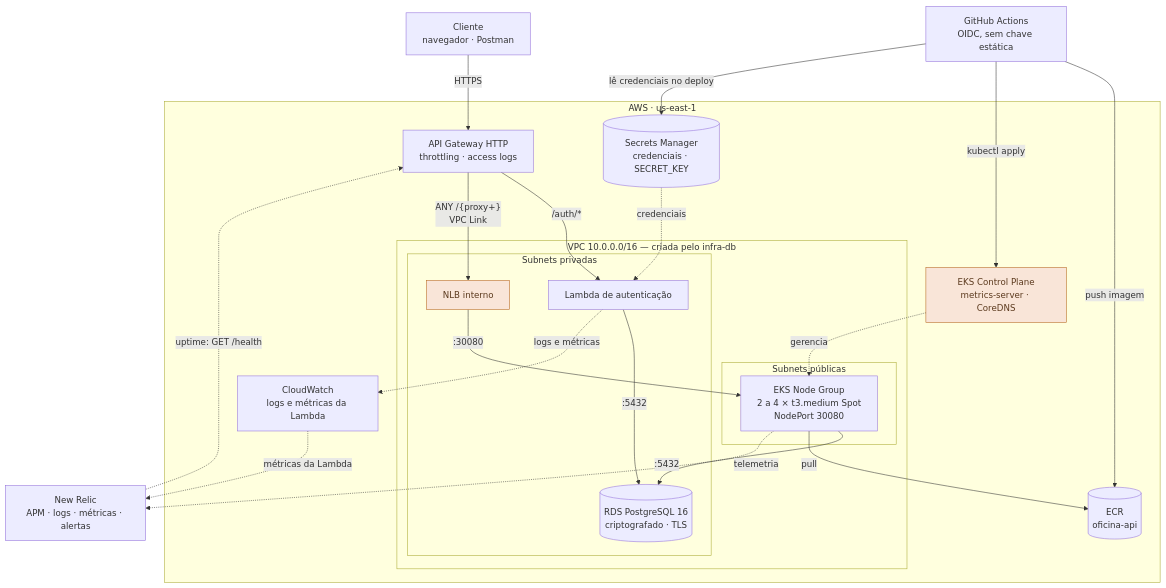
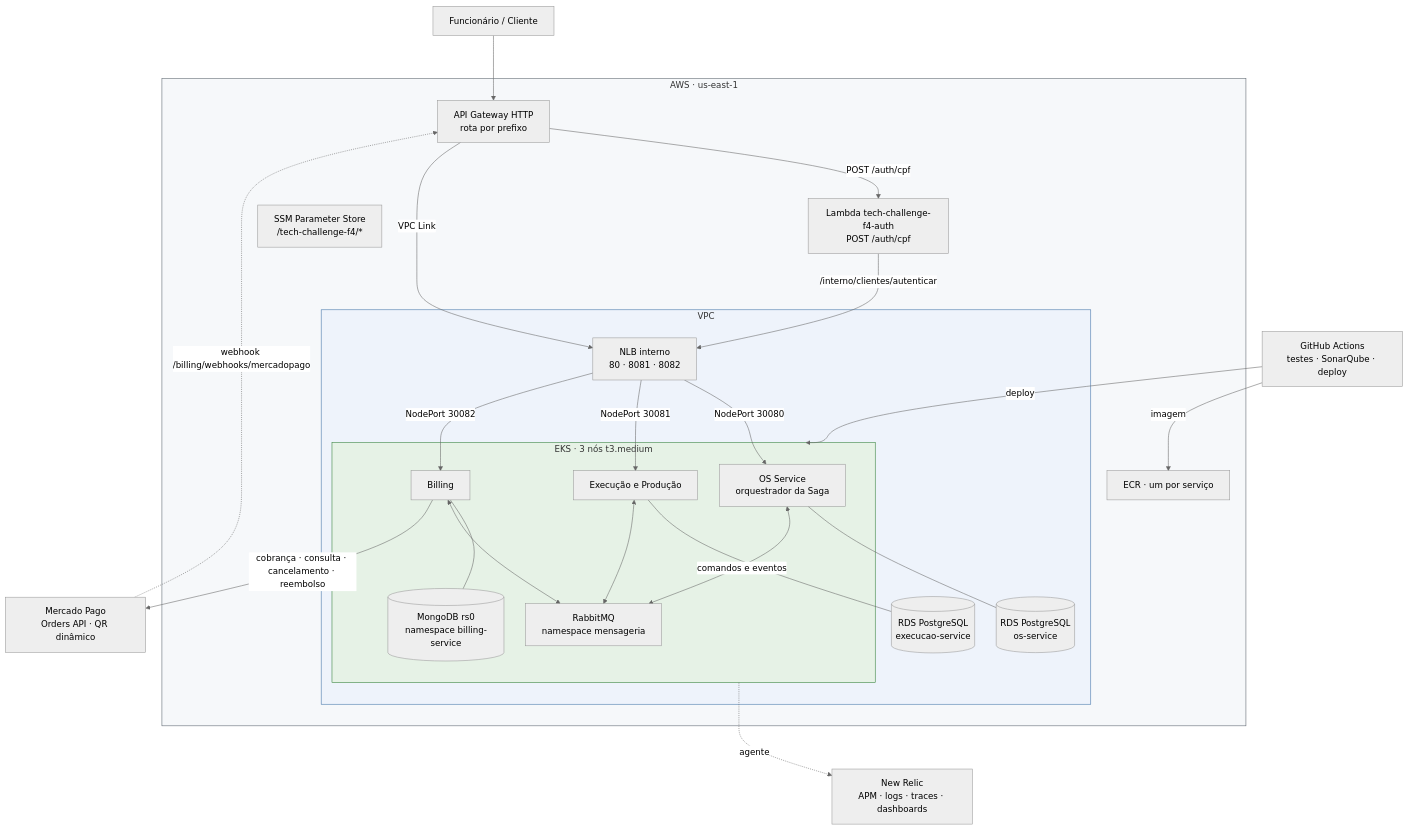
Before and after one commit to pesant0s/tech-challenge-f4-plataforma: the first of 3 diagrams in README.md, drawn with Mermaid. The commit also changed other lines of this file and 6 other files, not shown here.

First line of the commit message:
docs: README completo e diagramas da arquitetura e da Saga

````diff
--- a/README.md
+++ b/README.md
@@ -53,48 +104,50 @@
 ```mermaid
+%%{init: {"theme": "neutral", "flowchart": {"nodeSpacing": 40, "rankSpacing": 80, "curve": "basis", "htmlLabels": true}}}%%
 flowchart TB
-    cliente["Cliente<br/>navegador · Postman"]
+  U["Funcionário / Cliente"]
+  MP["Mercado Pago<br/>Orders API · QR dinâmico"]
+  NR["New Relic<br/>APM · logs · traces · dashboards"]
+  GH["GitHub Actions<br/>testes · SonarQube · deploy"]
+  subgraph AWS["AWS · us-east-1"]
+    APIGW["API Gateway HTTP<br/>rota por prefixo"]
+    L["Lambda tech-challenge-f4-auth<br/>POST /auth/cpf"]
+    ECR["ECR · um por serviço"]
+    SSM["SSM Parameter Store<br/>/tech-challenge-f4/*"]
+    subgraph VPC["VPC"]
+      NLB["NLB interno<br/>80 · 8081 · 8082"]
+      subgraph EKS["EKS · 3 nós t3.medium"]
+        OS["OS Service<br/>orquestrador da Saga"]
+        EX["Execução e Produção"]
+        BI["Billing"]
+        RMQ["RabbitMQ<br/>namespace mensageria"]
+        MDB[("MongoDB rs0<br/>namespace billing-service")]
+      end
+      RDS1[("RDS PostgreSQL<br/>os-service")]
+      RDS2[("RDS PostgreSQL<br/>execucao-service")]
+    end
+  end
+  U --> APIGW
+  APIGW -->|"POST /auth/cpf"| L
+  APIGW -->|"VPC Link"| NLB
+  L -->|"/interno/clientes/autenticar"| NLB
+  NLB -->|"NodePort 30080"| OS
+  NLB -->|"NodePort 30081"| EX
+  NLB -->|"NodePort 30082"| BI
+  OS --- RDS1
+  EX --- RDS2
+  BI --- MDB
+  OS <-->|"comandos e eventos"| RMQ
+  EX <--> RMQ
+  BI <--> RMQ
+  BI -->|"cobrança · consulta · cancelamento · reembolso"| MP
+  MP -.->|"webhook /billing/webhooks/mercadopago"| APIGW
+  EKS -.->|"agente"| NR
+  GH -->|"imagem"| ECR
+  GH -->|"deploy"| EKS
 
-    subgraph aws["AWS · us-east-1"]
-        apigw["API Gateway HTTP<br/>throttling · access logs"]
-
-        subgraph vpc["VPC 10.0.0.0/16 — criada pelo infra-db"]
-            subgraph publicas["Subnets públicas"]
-                nodes["EKS Node Group<br/>2 a 4 × t3.medium Spot<br/>NodePort 30080"]
-            end
-
-            subgraph privadas["Subnets privadas"]
-                nlb["NLB interno"]
-                rds[("RDS PostgreSQL 16<br/>criptografado · TLS")]
-                lambda["Lambda de autenticação"]
-            end
-        end
-
-        ecr[("ECR<br/>oficina-api")]
-        eks["EKS Control Plane<br/>metrics-server · CoreDNS"]
-        sm[("Secrets Manager<br/>credenciais · SECRET_KEY")]
-        cw["CloudWatch<br/>logs e métricas da Lambda"]
-    end
-
-    nr["New Relic<br/>APM · logs · métricas · alertas"]
-    gh["GitHub Actions<br/>OIDC, sem chave estática"]
-
-    cliente -->|HTTPS| apigw
-    apigw -->|"/auth/*"| lambda
-    apigw -->|"ANY /{proxy+}<br/>VPC Link"| nlb
-    nlb -->|":30080"| nodes
-    nodes -->|":5432"| rds
-    lambda -->|":5432"| rds
-    eks -.->|gerencia| nodes
-    nodes -->|pull| ecr
-    gh -->|push imagem| ecr
-    gh -->|kubectl apply| eks
-    nodes -.->|telemetria| nr
-    lambda -.->|logs e métricas| cw
-    cw -.->|métricas da Lambda| nr
-    sm -.->|credenciais| lambda
-    gh -->|lê credenciais no deploy| sm
-    nr -.->|uptime: GET /health| apigw
-
-    classDef custo fill:#f9e5d8,stroke:#b5651d,color:#5c3a1e
-    class eks,nlb custo
+  APIGW ~~~ SSM
+  RDS1 ~~~ NR
+  style AWS fill:#f6f8fa,stroke:#57606a
+  style VPC fill:#eef3fb,stroke:#3b6ea5
+  style EKS fill:#e6f2e6,stroke:#2e7d32
 ```
````
